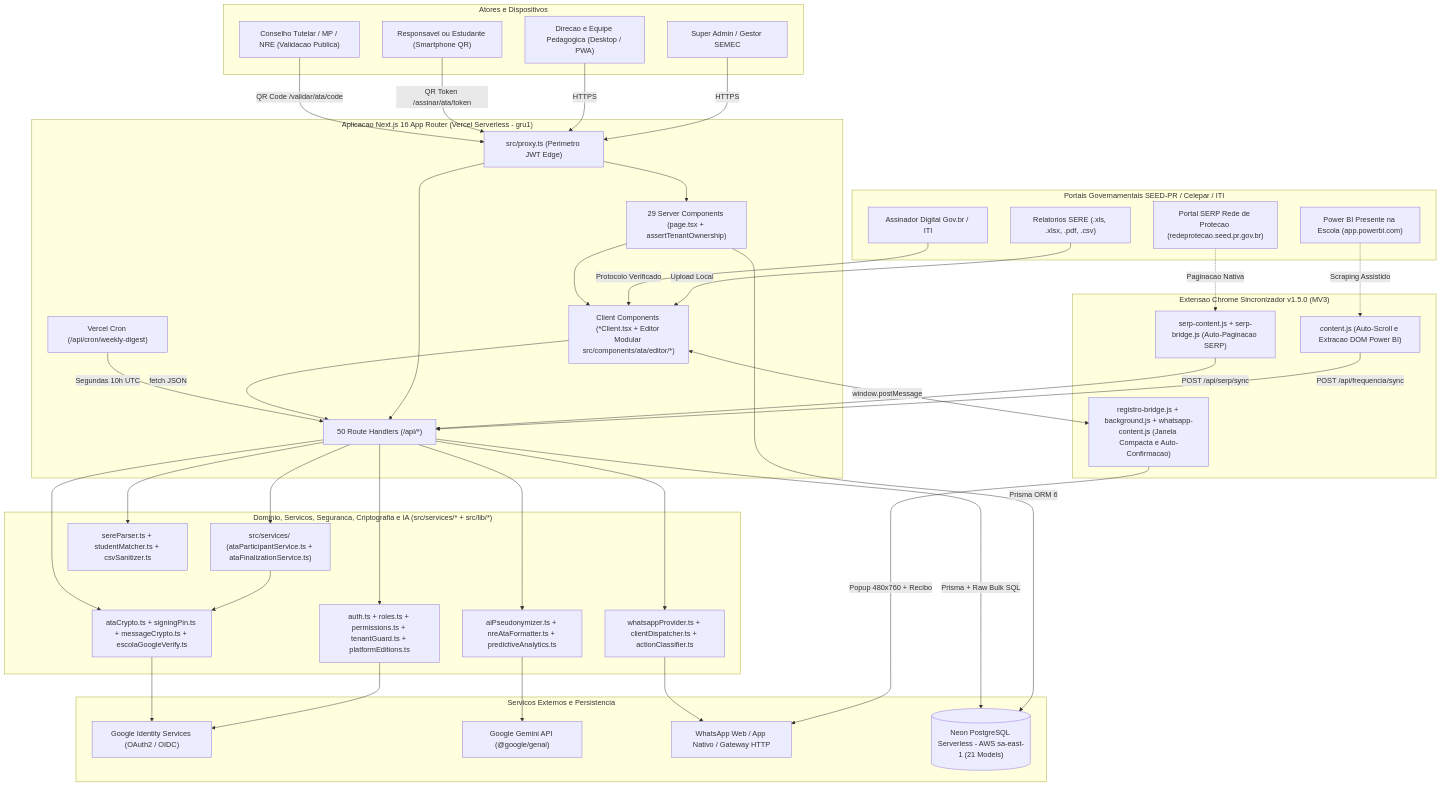
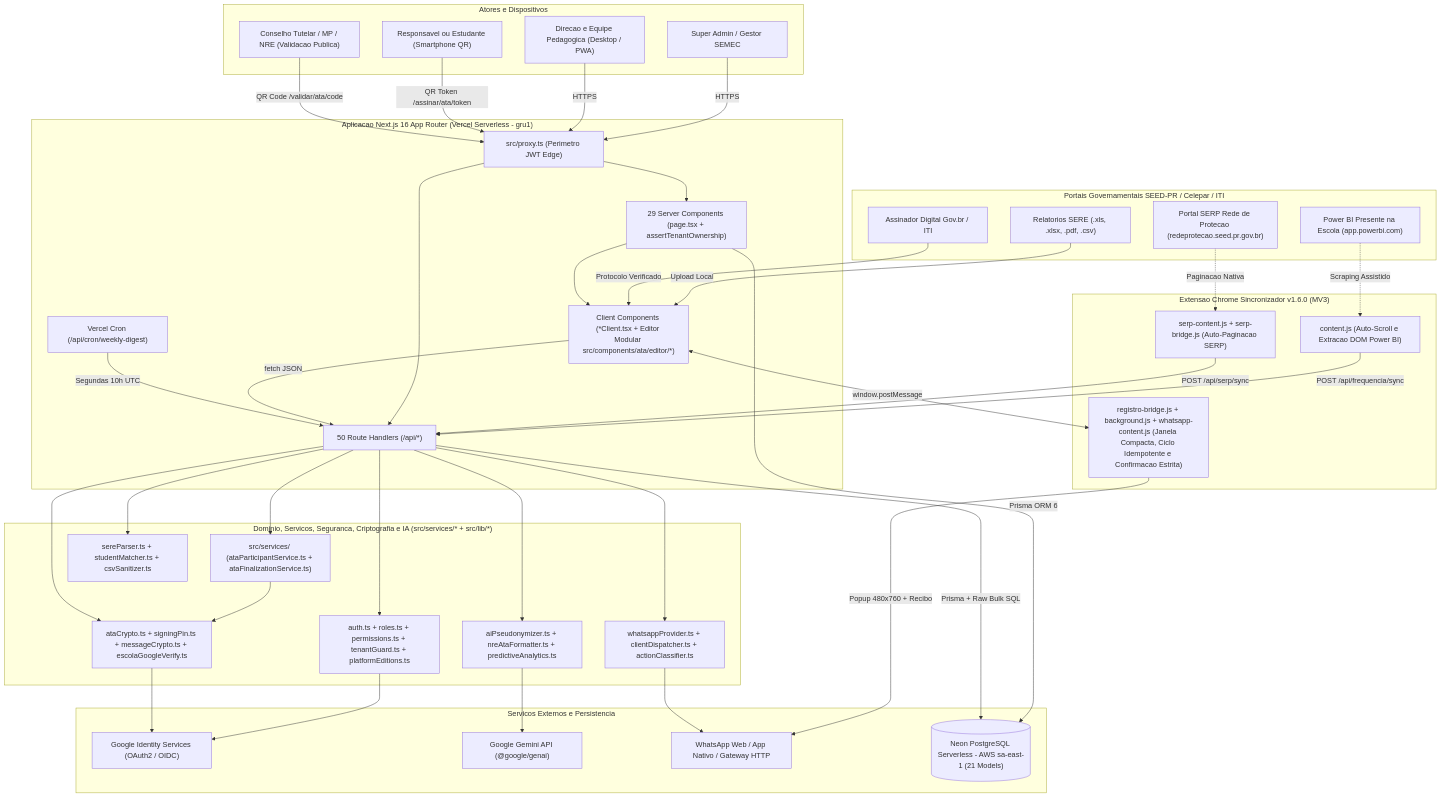
One commit to MarcosWrobel/rede-ativa changed the first of 3 diagrams in docs/ARQUITETURA_E_ENGENHARIA.md. Above: the diagram before and after it, drawn with Mermaid. The commit also changed other lines of this file and 15 other files, not shown here.

First line of the commit message:
fix(extension): hardening de desempenho, ciclo de vida e confiabilidade de despachos (v1.6.0)

````diff
--- a/docs/ARQUITETURA_E_ENGENHARIA.md
+++ b/docs/ARQUITETURA_E_ENGENHARIA.md
@@ -24,81 +24,81 @@
 ```mermaid
 flowchart TD
     subgraph Actors ["Atores e Dispositivos"]
         SuperAdmin["Super Admin / Gestor SEMEC"]
         Staff["Direcao e Equipe Pedagogica (Desktop / PWA)"]
         Guardian["Responsavel ou Estudante (Smartphone QR)"]
         ExternalAuth["Conselho Tutelar / MP / NRE (Validacao Publica)"]
     end
 
     subgraph GovPortals ["Portais Governamentais SEED-PR / Celepar / ITI"]
         SERE["Relatorios SERE (.xls, .xlsx, .pdf, .csv)"]
         PBI["Power BI Presente na Escola (app.powerbi.com)"]
         SERP["Portal SERP Rede de Protecao (redeprotecao.seed.pr.gov.br)"]
         GovBr["Assinador Digital Gov.br / ITI"]
     end
 
-    subgraph Extension ["Extensao Chrome Sincronizador v1.5.0 (MV3)"]
+    subgraph Extension ["Extensao Chrome Sincronizador v1.6.0 (MV3)"]
         PBIContent["content.js (Auto-Scroll e Extracao DOM Power BI)"]
         SERPBridge["serp-content.js + serp-bridge.js (Auto-Paginacao SERP)"]
-        WABridge["registro-bridge.js + background.js + whatsapp-content.js (Janela Compacta e Auto-Confirmacao)"]
+        WABridge["registro-bridge.js + background.js + whatsapp-content.js (Janela Compacta, Ciclo Idempotente e Confirmacao Estrita)"]
     end
 
     subgraph NextApp ["Aplicacao Next.js 16 App Router (Vercel Serverless - gru1)"]
         EdgeProxy["src/proxy.ts (Perimetro JWT Edge)"]
         RSC["29 Server Components (page.tsx + assertTenantOwnership)"]
         ClientUI["Client Components (*Client.tsx + Editor Modular src/components/ata/editor/*)"]
         APIRoutes["50 Route Handlers (/api/*)"]
         CronJob["Vercel Cron (/api/cron/weekly-digest)"]
     end
 
     subgraph CoreLibs ["Dominio, Servicos, Seguranca, Criptografia e IA (src/services/* + src/lib/*)"]
         DomainServices["src/services/ (ataParticipantService.ts + ataFinalizationService.ts)"]
         AuthLib["auth.ts + roles.ts + permissions.ts + tenantGuard.ts + platformEditions.ts"]
         CryptoLib["ataCrypto.ts + signingPin.ts + messageCrypto.ts + escolaGoogleVerify.ts"]
         ParserLib["sereParser.ts + studentMatcher.ts + csvSanitizer.ts"]
         PrivacyAI["aiPseudonymizer.ts + nreAtaFormatter.ts + predictiveAnalytics.ts"]
         WALib["whatsappProvider.ts + clientDispatcher.ts + actionClassifier.ts"]
     end
 
     subgraph ExternalServices ["Servicos Externos e Persistencia"]
         GoogleOAuth["Google Identity Services (OAuth2 / OIDC)"]
         GeminiAPI["Google Gemini API (@google/genai)"]
         WhatsApp["WhatsApp Web / App Nativo / Gateway HTTP"]
         NeonDB[("Neon PostgreSQL Serverless - AWS sa-east-1 (21 Models)")]
     end
 
     SuperAdmin -->|HTTPS| EdgeProxy
     Staff -->|HTTPS| EdgeProxy
     Guardian -->|QR Token /assinar/ata/token| EdgeProxy
     ExternalAuth -->|QR Code /validar/ata/code| EdgeProxy
 
     SERE -->|Upload Local| ClientUI
     GovBr -->|Protocolo Verificado| ClientUI
     PBI -.->|Scraping Assistido| PBIContent
     SERP -.->|Paginacao Nativa| SERPBridge
     PBIContent -->|POST /api/frequencia/sync| APIRoutes
     SERPBridge -->|POST /api/serp/sync| APIRoutes
     ClientUI <-->|window.postMessage| WABridge
     WABridge -->|Popup 480x760 + Recibo| WhatsApp
 
     EdgeProxy --> RSC
     EdgeProxy --> APIRoutes
     RSC --> ClientUI
     ClientUI -->|fetch JSON| APIRoutes
     CronJob -->|Segundas 10h UTC| APIRoutes
 
     APIRoutes --> DomainServices
     DomainServices --> CryptoLib
     APIRoutes --> AuthLib
     APIRoutes --> CryptoLib
     APIRoutes --> ParserLib
     APIRoutes --> PrivacyAI
     APIRoutes --> WALib
 
     AuthLib --> GoogleOAuth
     CryptoLib --> GoogleOAuth
     PrivacyAI --> GeminiAPI
     WALib --> WhatsApp
     RSC -->|Prisma ORM 6| NeonDB
     APIRoutes -->|Prisma + Raw Bulk SQL| NeonDB
 ```
````
